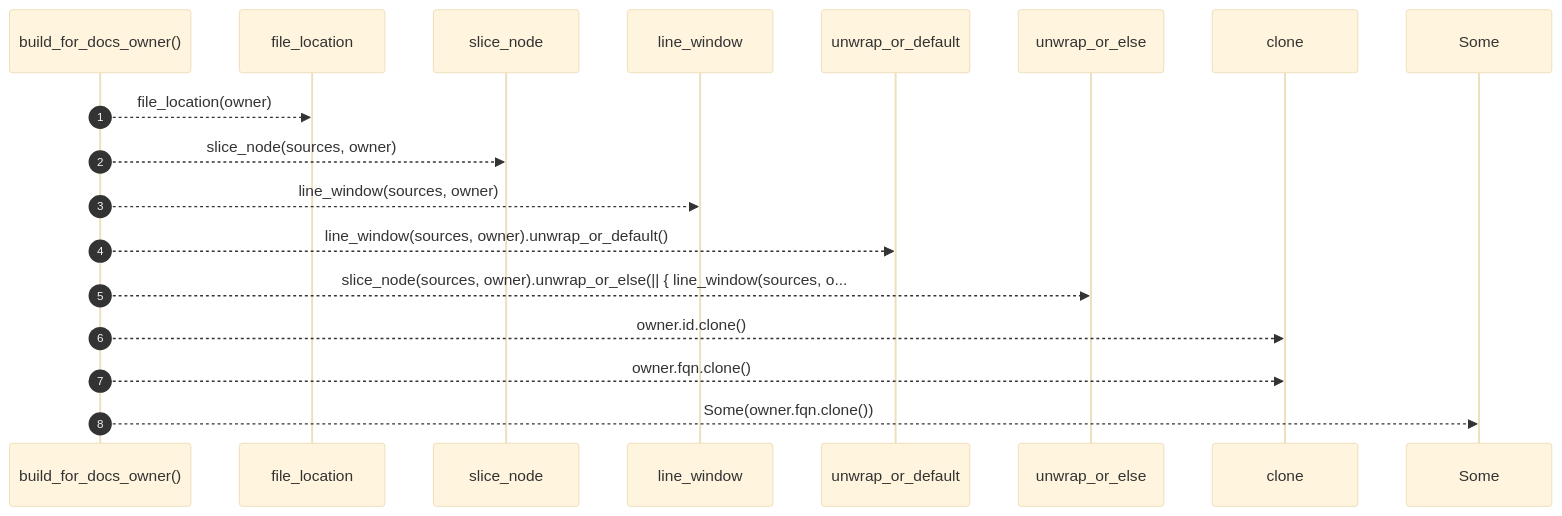
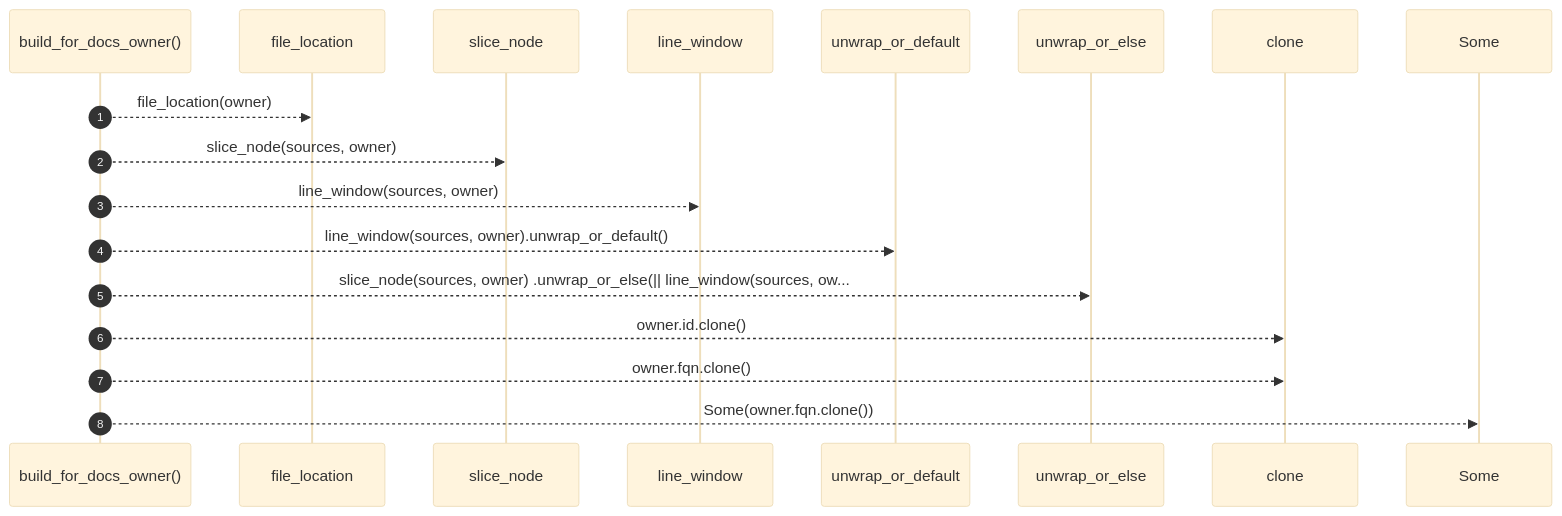
The diagram in docs/self-model/robby_agent/context/build-for-docs-owner.md (RyanGuild/self-describing-code), drawn with Mermaid (base theme) before and after one commit. The commit also changed other lines of this file and 747 other files, not shown here.

````diff
--- a/docs/self-model/robby_agent/context/build-for-docs-owner.md
+++ b/docs/self-model/robby_agent/context/build-for-docs-owner.md
@@ -35,20 +34,20 @@
 ```mermaid
 sequenceDiagram
     autonumber
     participant build_for_docs_owner as build_for_docs_owner()
     participant file_location as file_location
     participant slice_node as slice_node
     participant line_window as line_window
     participant unwrap_or_default as unwrap_or_default
     participant unwrap_or_else as unwrap_or_else
     participant clone as clone
     participant Some as Some
     build_for_docs_owner-->>file_location: file_location(owner)
     build_for_docs_owner-->>slice_node: slice_node(sources, owner)
     build_for_docs_owner-->>line_window: line_window(sources, owner)
     build_for_docs_owner-->>unwrap_or_default: line_window(sources, owner).unwrap_or_default()
-    build_for_docs_owner-->>unwrap_or_else: slice_node(sources, owner).unwrap_or_else(|| { line_window(sources, o...
+    build_for_docs_owner-->>unwrap_or_else: slice_node(sources, owner) .unwrap_or_else(|| line_window(sources, ow...
     build_for_docs_owner-->>clone: owner.id.clone()
     build_for_docs_owner-->>clone: owner.fqn.clone()
     build_for_docs_owner-->>Some: Some(owner.fqn.clone())
 ```
````
